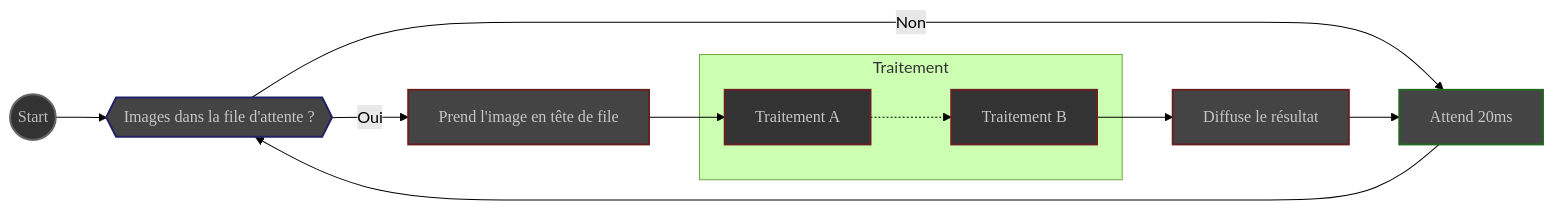
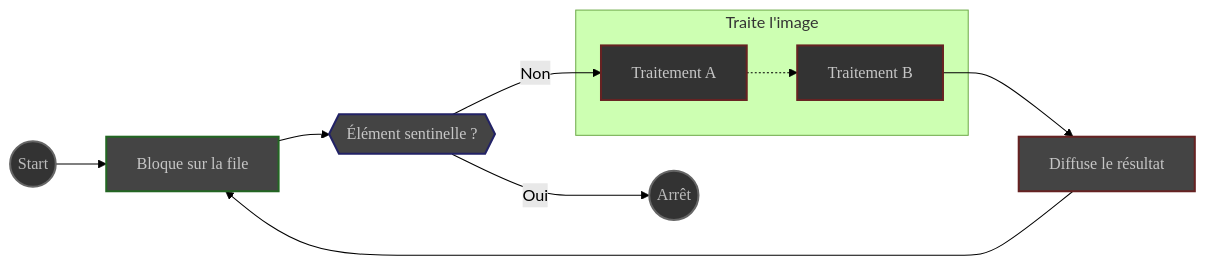
Before and after one commit to deufrai/als: the second of 4 diagrams in website/content/fr/docs/v1.0/reference/modules/_index.md, drawn with Mermaid (forest theme). The commit also changed other lines of this file and 3 other files, not shown here.

````diff
--- a/website/content/fr/docs/v1.0/reference/modules/_index.md
+++ b/website/content/fr/docs/v1.0/reference/modules/_index.md
@@ -100,35 +98,36 @@
 ```mermaid
 flowchart LR
 DÉMARRER((Start))
-TEST{{Images dans la file d'attente ?}}
-PRENDRE[Prend l'image en tête de file]
-subgraph Traitement
+ATTENDRE[Bloque sur la file]
+TEST{{Élément sentinelle ?}}
+
+subgraph Traite l'image
     A[Traitement A]
     B[Traitement B]
 end
 DIFFUSER[Diffuse le résultat]
-ATTENDRE[Attend 20ms]
+ARRÊT((Arrêt))
 
-DÉMARRER --> TEST
-TEST -- Oui --> PRENDRE
-TEST -- Non --> ATTENDRE
-PRENDRE --> A
+DÉMARRER --> ATTENDRE
+ATTENDRE --> TEST
+TEST -- Non --> A
 A -.-> B
 B --> DIFFUSER
 DIFFUSER --> ATTENDRE
-ATTENDRE --> TEST
+TEST -- Oui --> ARRÊT
 
 classDef bounds fill: #333, stroke: #666, stroke-width: 2px, color: #BBB, font-family: 'Poppins', sans-serif
 classDef step fill: #444, stroke: #622, stroke-width:2px, color: #c6c6c6, font-family: 'Poppins',sans-serif
 classDef process fill: #333, stroke: #622, stroke-width: 2px, color: #c6c6c6, font-family: 'Poppins', sans-serif
 classDef wait  fill: #444, stroke: #262,stroke-width: 2px, color: #c6c6c6, font-family:'Poppins', sans-serif
 classDef test fill: #444, stroke: #226, stroke-width: 2px, color: #c6c6c6, font-family: 'Poppins', sans-serif
 
 class DÉMARRER bounds
+class ATTENDRE wait
 class TEST test
 class PRENDRE step
 class A process
 class B process
 class DIFFUSER step
-class ATTENDRE wait
+class ARRÊT bounds
 ```
````
